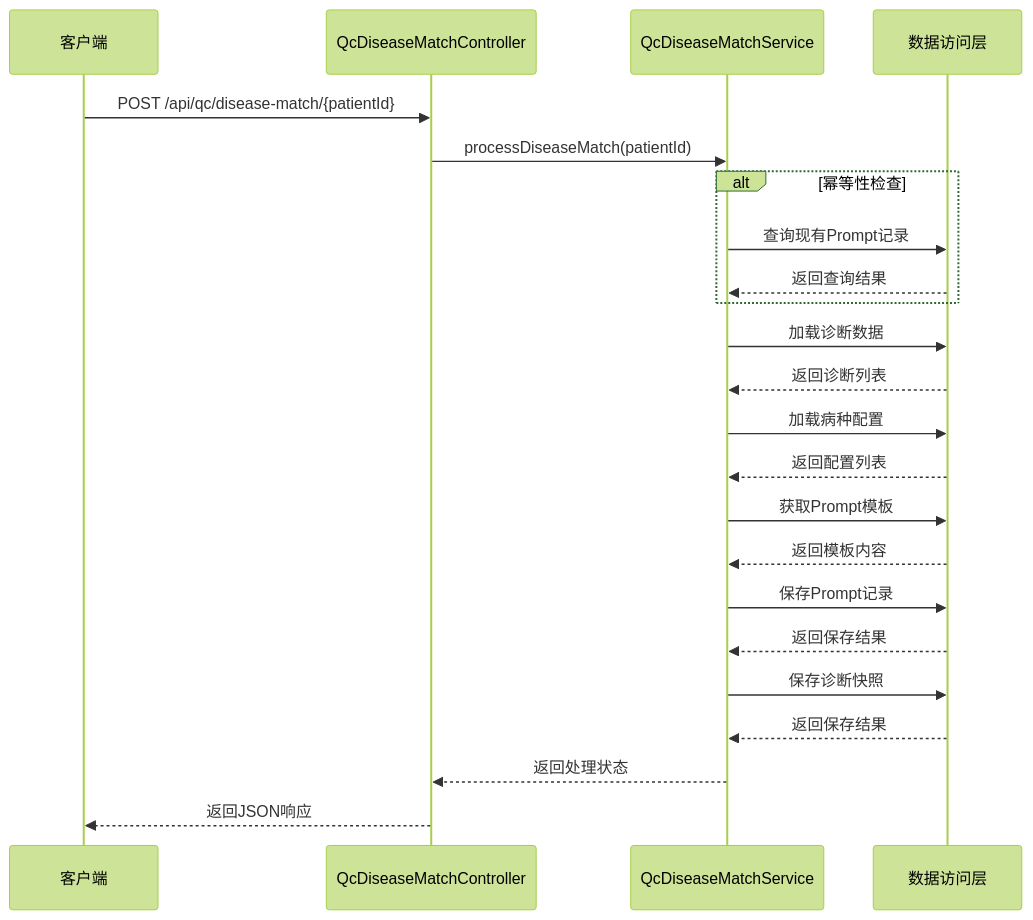
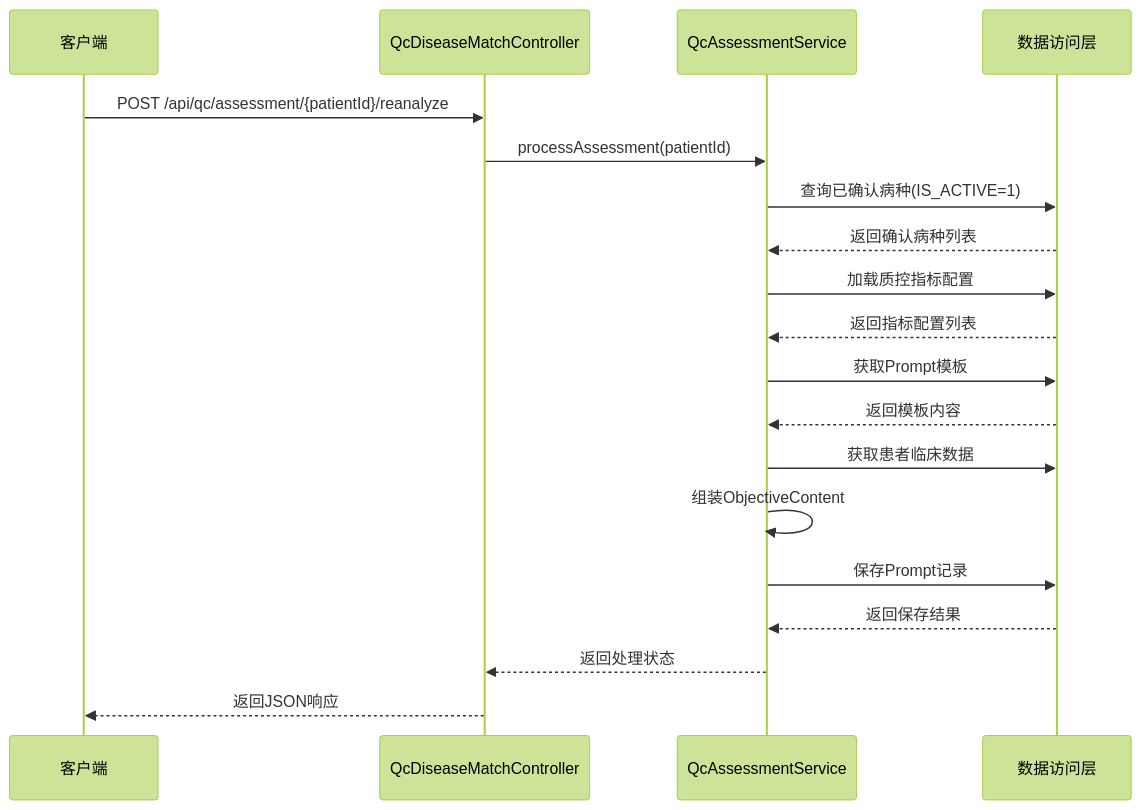
The sixth of 10 diagrams in .qoder/repowiki/zh/content/QC病种匹配系统.md (liuzh2008/med_ai_assistant_workspace), drawn with Mermaid (forest theme) before and after one commit. The commit also changed other lines of this file and 4 other files, not shown here.

````diff
--- a/.qoder/repowiki/zh/content/QC病种匹配系统.md
+++ b/.qoder/repowiki/zh/content/QC病种匹配系统.md
@@ -229,25 +374,21 @@
 ```mermaid
 sequenceDiagram
 participant Client as 客户端
 participant Controller as QcDiseaseMatchController
-participant Service as QcDiseaseMatchService
+participant AssessmentService as QcAssessmentService
 participant Repo as 数据访问层
-Client->>Controller : POST /api/qc/disease-match/{patientId}
-Controller->>Service : processDiseaseMatch(patientId)
-alt 幂等性检查
-Service->>Repo : 查询现有Prompt记录
-Repo-->>Service : 返回查询结果
-end
-Service->>Repo : 加载诊断数据
-Repo-->>Service : 返回诊断列表
-Service->>Repo : 加载病种配置
-Repo-->>Service : 返回配置列表
-Service->>Repo : 获取Prompt模板
-Repo-->>Service : 返回模板内容
-Service->>Repo : 保存Prompt记录
-Repo-->>Service : 返回保存结果
-Service->>Repo : 保存诊断快照
-Repo-->>Service : 返回保存结果
-Service-->>Controller : 返回处理状态
+Client->>Controller : POST /api/qc/assessment/{patientId}/reanalyze
+Controller->>AssessmentService : processAssessment(patientId)
+AssessmentService->>Repo : 查询已确认病种(IS_ACTIVE=1)
+Repo-->>AssessmentService : 返回确认病种列表
+AssessmentService->>Repo : 加载质控指标配置
+Repo-->>AssessmentService : 返回指标配置列表
+AssessmentService->>Repo : 获取Prompt模板
+Repo-->>AssessmentService : 返回模板内容
+AssessmentService->>Repo : 获取患者临床数据
+AssessmentService->>AssessmentService : 组装ObjectiveContent
+AssessmentService->>Repo : 保存Prompt记录
+Repo-->>AssessmentService : 返回保存结果
+AssessmentService-->>Controller : 返回处理状态
 Controller-->>Client : 返回JSON响应
 ```
````
